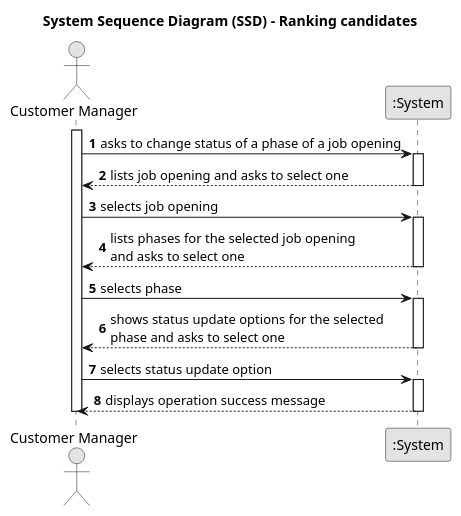
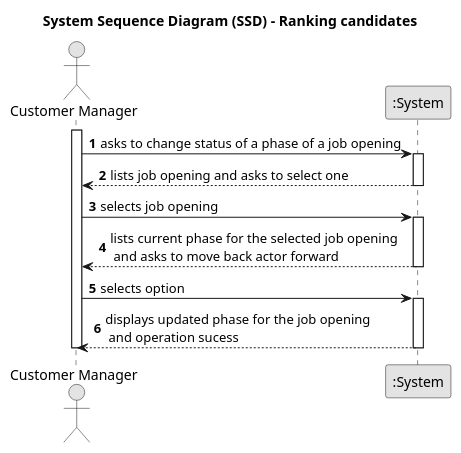
Before and after one commit to MiguelCardoso77/LAPR4: the diagram in docs/SprintC/change-status-process/system-sequence-diagram.puml, drawn with PlantUML. The commit also changed 7 other files, not shown here.

Commit message:
documentation for updating the status of a job opening

```diff
--- a/docs/SprintC/change-status-process/system-sequence-diagram.puml
+++ b/docs/SprintC/change-status-process/system-sequence-diagram.puml
@@ -1,42 +1,36 @@
 @startuml
 skinparam monochrome true
 skinparam packageStyle rectangle
 skinparam shadowing false
 
 title System Sequence Diagram (SSD) - Ranking candidates
 
 autonumber
 
 actor "Customer Manager" as CM
 participant ":System" as System
 
 activate CM
 
     CM -> System : asks to change status of a phase of a job opening
     activate System
 
 
        System --> CM : lists job opening and asks to select one
     deactivate System
 
     CM -> System : selects job opening
     activate System
 
-        System --> CM : lists phases for the selected job opening \nand asks to select one
+        System --> CM : lists current phase for the selected job opening \n and asks to move back actor forward
     deactivate System
 
-    CM -> System : selects phase
+    CM -> System : selects option
     activate System
 
-        System --> CM : shows status update options for the selected \nphase and asks to select one
-    deactivate System
-
-    CM -> System : selects status update option
-    activate System
-
-        System --> CM : displays operation success message
+        System --> CM : displays updated phase for the job opening \n and operation sucess
     deactivate System
 
 deactivate CM
 
 @enduml
```
